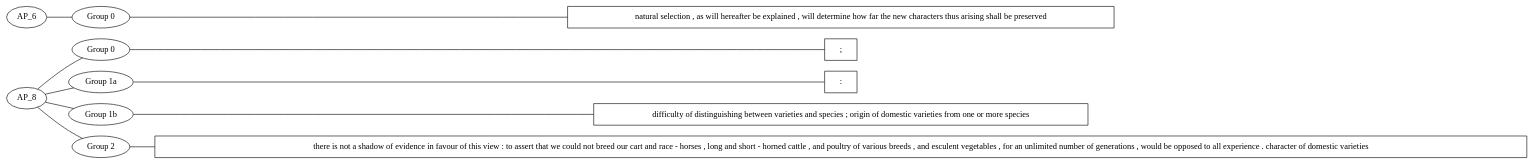
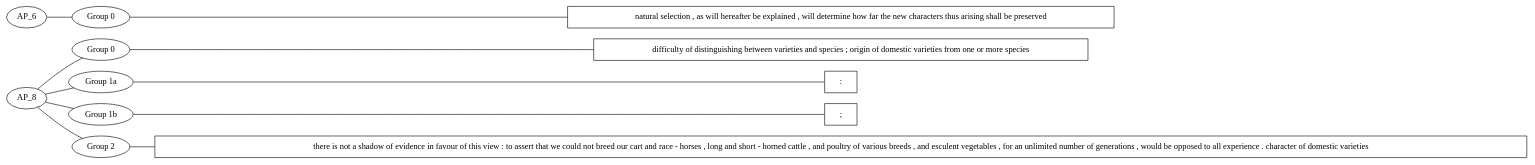
Before and after one commit to djbpitt/scala-graphing-sandbox: the diagram in src/main/outputs/hypergraph.dot, drawn with Graphviz. The commit also changed 2 other files, not shown here.

```diff
--- a/src/main/outputs/hypergraph.dot
+++ b/src/main/outputs/hypergraph.dot
@@ -1,23 +1,23 @@
 graph MyGraph {
 rankdir = LR
 "AP_8_2_reading" [shape=box label="there is not a shadow of evidence in favour of this view : to assert that we could not breed our cart and race - horses , long and short - horned cattle , and poultry of various breeds , and esculent vegetables , for an unlimited number of generations , would be opposed to all experience . character of domestic varieties "]
-"AP_8_1b_reading" [shape=box label="difficulty of distinguishing between varieties and species ; origin of domestic varieties from one or more species "]
+"AP_8_1b_reading" [shape=box label="; "]
 "AP_8_1a_reading" [shape=box label=": "]
-"AP_8_0_reading" [shape=box label="; "]
+"AP_8_0_reading" [shape=box label="difficulty of distinguishing between varieties and species ; origin of domestic varieties from one or more species "]
 "AP_8_0" [label="Group 0"]
 "AP_8_1a" [label="Group 1a"]
 "AP_8_1b" [label="Group 1b"]
 "AP_8_2" [label="Group 2"]
 "AP_8_2" -- "AP_8_2_reading"
 "AP_8_1b" -- "AP_8_1b_reading"
 "AP_8_1a" -- "AP_8_1a_reading"
 "AP_8_0" -- "AP_8_0_reading"
 AP_8 -- "AP_8_2"
 AP_8 -- "AP_8_1b"
 AP_8 -- "AP_8_1a"
 AP_8 -- "AP_8_0"
 "AP_6_0_reading" [shape=box label="natural selection , as will hereafter be explained , will determine how far the new characters thus arising shall be preserved "]
 "AP_6_0" [label="Group 0"]
 "AP_6_0" -- "AP_6_0_reading"
 AP_6 -- "AP_6_0"
 }
```
